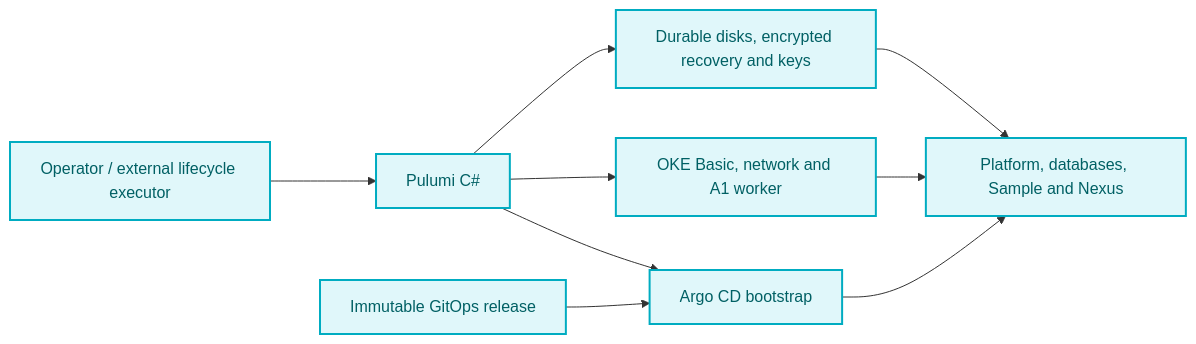
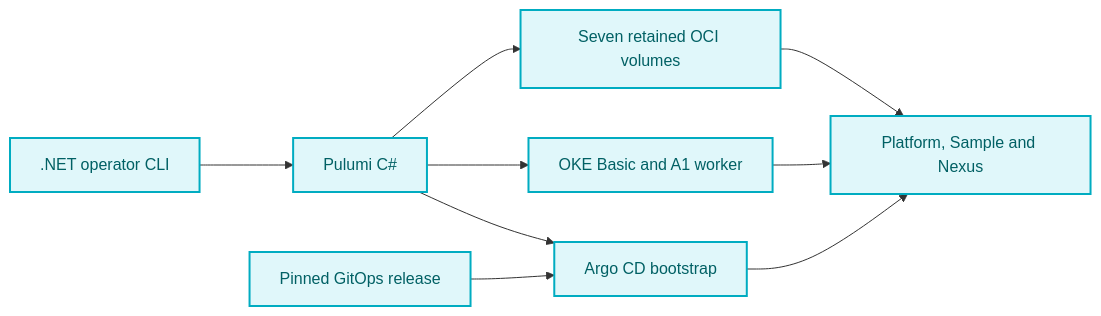
One commit to duranserkan/DRN-Project-Pulumi-Ops changed the diagram in README.md. Above: the diagram before and after it, drawn with Mermaid. The commit also changed other lines of this file and 82 other files, not shown here.

````diff
--- a/README.md
+++ b/README.md
@@ -25,14 +26,14 @@
 ```mermaid
 flowchart LR
-    Operator["Operator / external lifecycle executor"] --> Pulumi["Pulumi C#"]
-    Pulumi --> Durable["Durable disks, encrypted recovery and keys"]
-    Pulumi --> Cluster["OKE Basic, network and A1 worker"]
+    Operator[".NET operator CLI"] --> Pulumi["Pulumi C#"]
+    Pulumi --> Durable["Seven retained OCI volumes"]
+    Pulumi --> Cluster["OKE Basic and A1 worker"]
     Pulumi --> Bootstrap["Argo CD bootstrap"]
-    Git["Immutable GitOps release"] --> Bootstrap
-    Bootstrap --> Apps["Platform, databases, Sample and Nexus"]
+    Git["Pinned GitOps release"] --> Bootstrap
+    Bootstrap --> Apps["Platform, Sample and Nexus"]
     Cluster --> Apps
     Durable --> Apps
 
     classDef node fill:#E0F7FA,stroke:#00ACC1,stroke-width:2px,color:#006064
     class Operator,Pulumi,Durable,Cluster,Bootstrap,Git,Apps node
 ```
````
